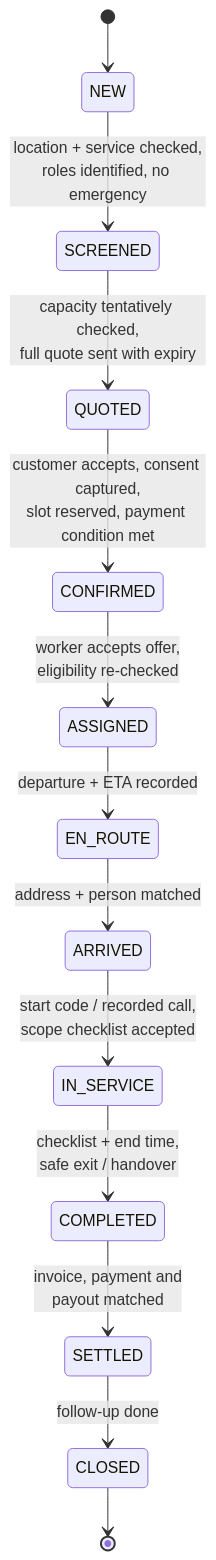
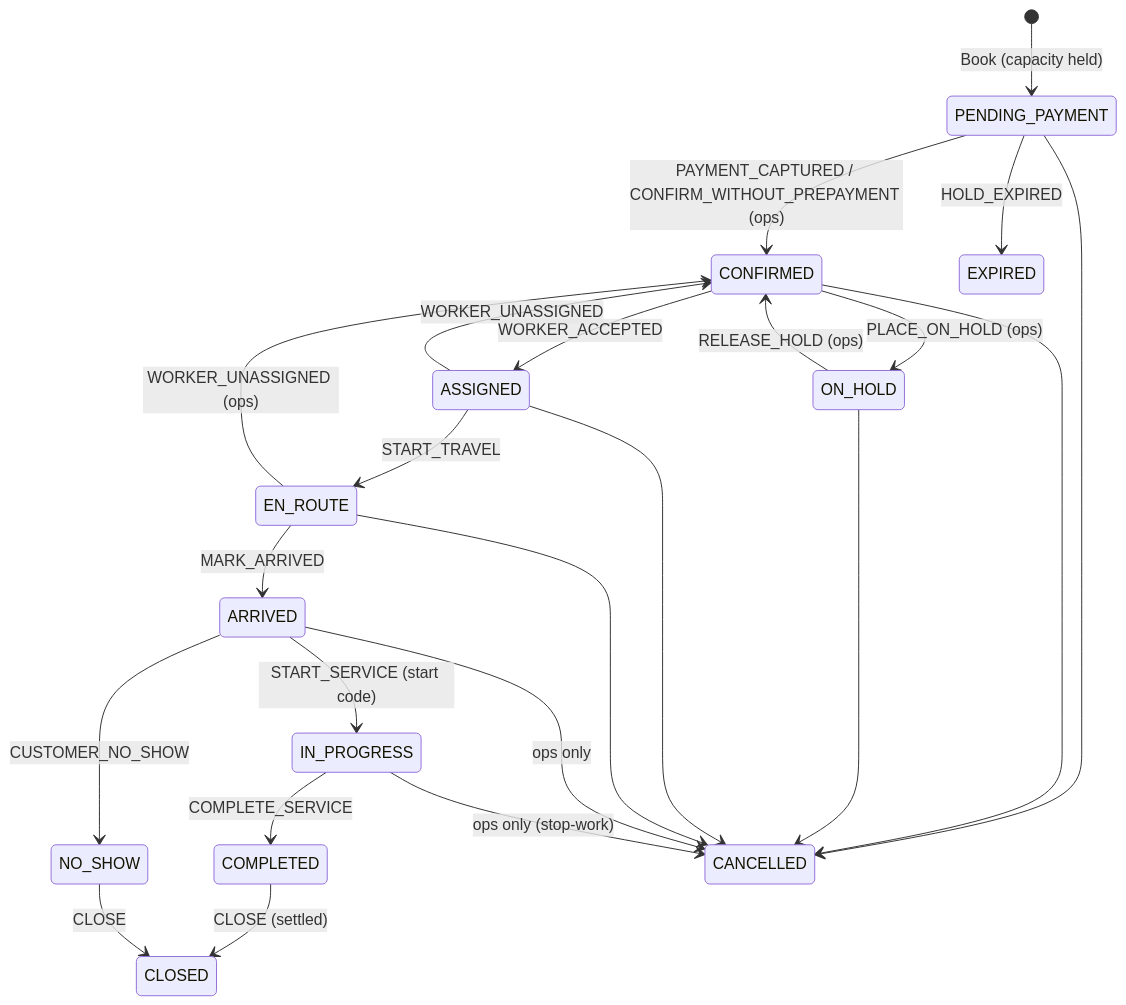
One commit to Sanjays996600/Onetappe changed the second of 3 diagrams in docs/01-system-design.md. Above: the diagram before and after it, drawn with Mermaid. The commit also changed other lines of this file and 3 other files, not shown here.

````diff
--- a/docs/01-system-design.md
+++ b/docs/01-system-design.md
@@ -177,15 +134,25 @@
 ```mermaid
 stateDiagram-v2
-    [*] --> NEW
-    NEW --> SCREENED: location + service checked,<br/>roles identified, no emergency
-    SCREENED --> QUOTED: capacity tentatively checked,<br/>full quote sent with expiry
-    QUOTED --> CONFIRMED: customer accepts, consent captured,<br/>slot reserved, payment condition met
-    CONFIRMED --> ASSIGNED: worker accepts offer,<br/>eligibility re-checked
-    ASSIGNED --> EN_ROUTE: departure + ETA recorded
-    EN_ROUTE --> ARRIVED: address + person matched
-    ARRIVED --> IN_SERVICE: start code / recorded call,<br/>scope checklist accepted
-    IN_SERVICE --> COMPLETED: checklist + end time,<br/>safe exit / handover
-    COMPLETED --> SETTLED: invoice, payment and<br/>payout matched
-    SETTLED --> CLOSED: follow-up done
-    CLOSED --> [*]
+    [*] --> PENDING_PAYMENT: Book (capacity held)
+    PENDING_PAYMENT --> CONFIRMED: PAYMENT_CAPTURED / CONFIRM_WITHOUT_PREPAYMENT (ops)
+    PENDING_PAYMENT --> EXPIRED: HOLD_EXPIRED
+    CONFIRMED --> ASSIGNED: WORKER_ACCEPTED
+    ASSIGNED --> CONFIRMED: WORKER_UNASSIGNED
+    CONFIRMED --> ON_HOLD: PLACE_ON_HOLD (ops)
+    ON_HOLD --> CONFIRMED: RELEASE_HOLD (ops)
+    ASSIGNED --> EN_ROUTE: START_TRAVEL
+    EN_ROUTE --> CONFIRMED: WORKER_UNASSIGNED (ops)
+    EN_ROUTE --> ARRIVED: MARK_ARRIVED
+    ARRIVED --> IN_PROGRESS: START_SERVICE (start code)
+    ARRIVED --> NO_SHOW: CUSTOMER_NO_SHOW
+    IN_PROGRESS --> COMPLETED: COMPLETE_SERVICE
+    COMPLETED --> CLOSED: CLOSE (settled)
+    NO_SHOW --> CLOSED: CLOSE
+    PENDING_PAYMENT --> CANCELLED
+    CONFIRMED --> CANCELLED
+    ON_HOLD --> CANCELLED
+    ASSIGNED --> CANCELLED
+    EN_ROUTE --> CANCELLED
+    ARRIVED --> CANCELLED: ops only
+    IN_PROGRESS --> CANCELLED: ops only (stop-work)
 ```
````
